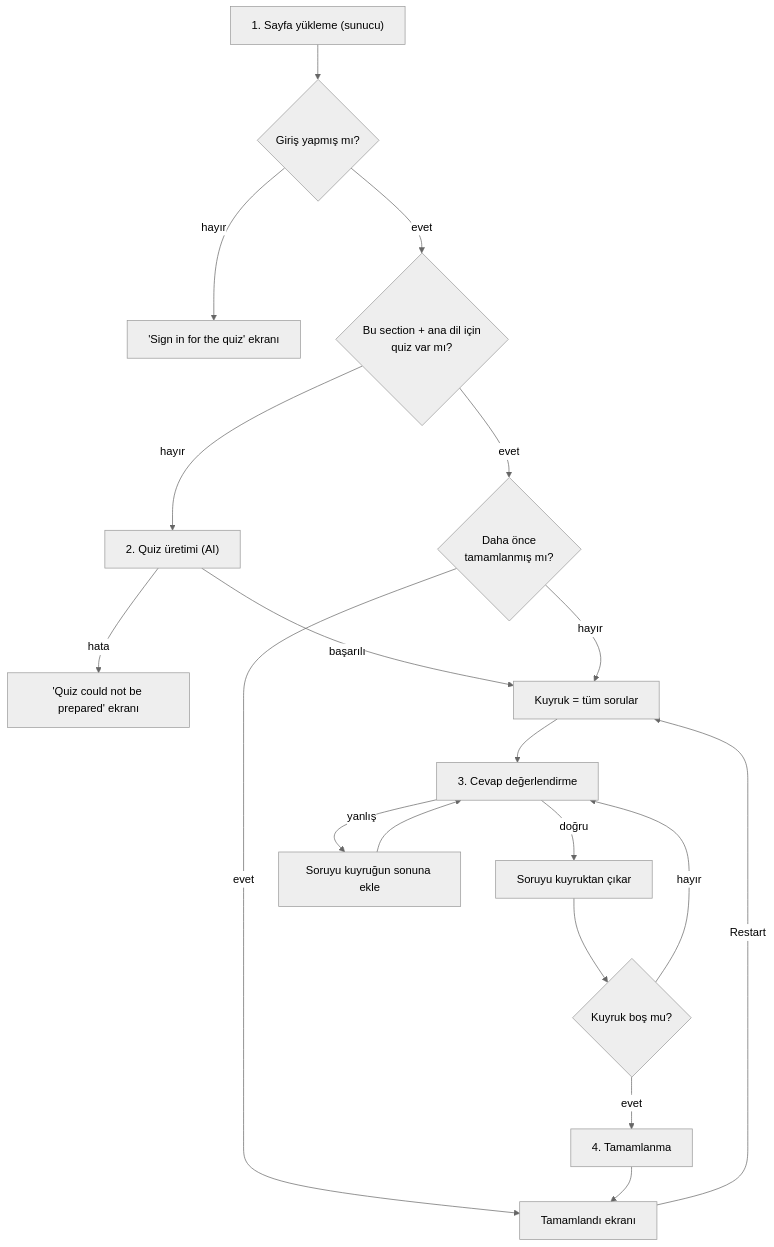
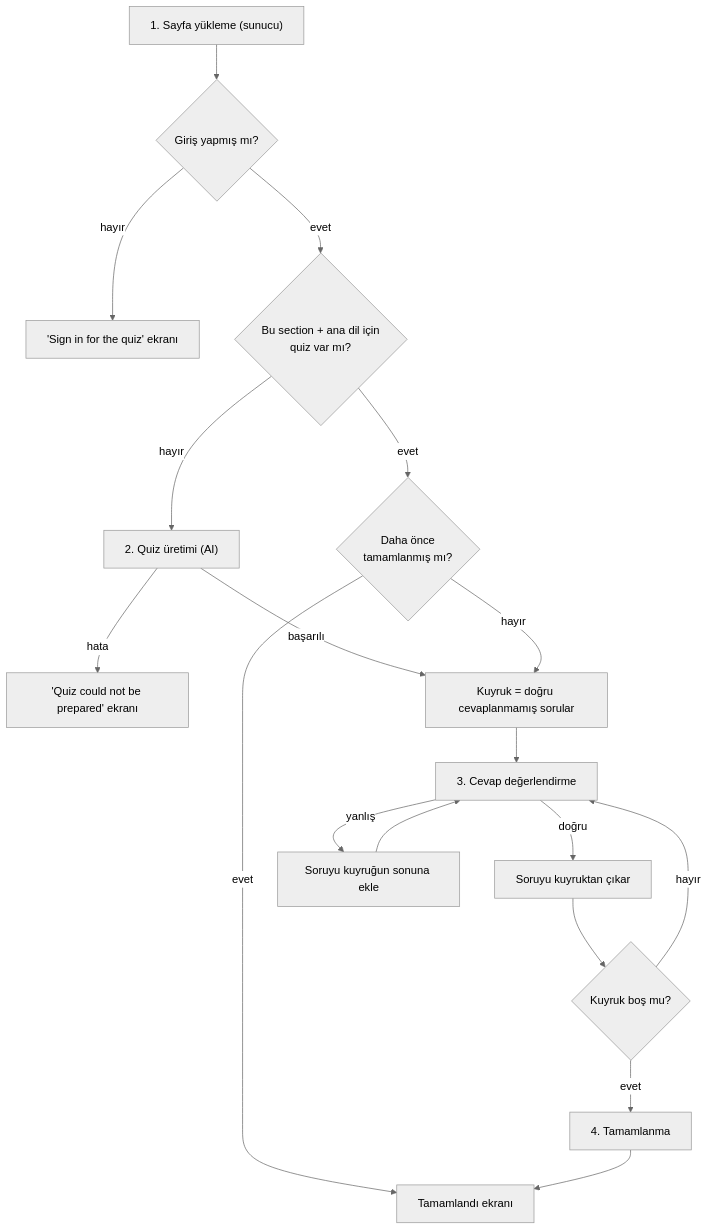
Before and after one commit to emirsalihgmrk/scedulai: the first of 5 diagrams in docs/flows/quiz-answer.md, drawn with Mermaid (neutral theme). The commit also changed other lines of this file and 11 other files, not shown here.

````diff
--- a/docs/flows/quiz-answer.md
+++ b/docs/flows/quiz-answer.md
@@ -15,21 +16,20 @@
 ```mermaid
 flowchart TD
   A["1. Sayfa yükleme (sunucu)"] --> B{"Giriş yapmış mı?"}
   B -- hayır --> X["'Sign in for the quiz' ekranı"]
   B -- evet --> C{"Bu section + ana dil için<br/>quiz var mı?"}
   C -- hayır --> D["2. Quiz üretimi (AI)"]
   D -- hata --> Y["'Quiz could not be prepared' ekranı"]
   D -- başarılı --> F
   C -- evet --> E{"Daha önce<br/>tamamlanmış mı?"}
-  E -- hayır --> F["Kuyruk = tüm sorular"]
+  E -- hayır --> F["Kuyruk = doğru cevaplanmamış sorular"]
   E -- evet --> G["Tamamlandı ekranı"]
-  G -- Restart --> F
   F --> H["3. Cevap değerlendirme"]
   H -- doğru --> I["Soruyu kuyruktan çıkar"]
   H -- yanlış --> J["Soruyu kuyruğun sonuna ekle"]
   J --> H
   I --> K{"Kuyruk boş mu?"}
   K -- hayır --> H
   K -- evet --> L["4. Tamamlanma"]
   L --> G
 ```
````
